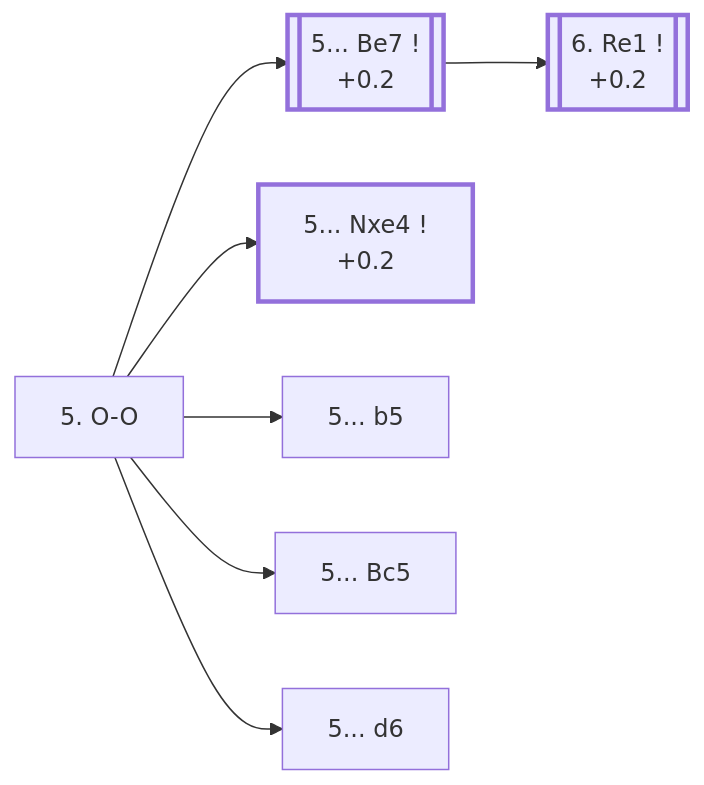
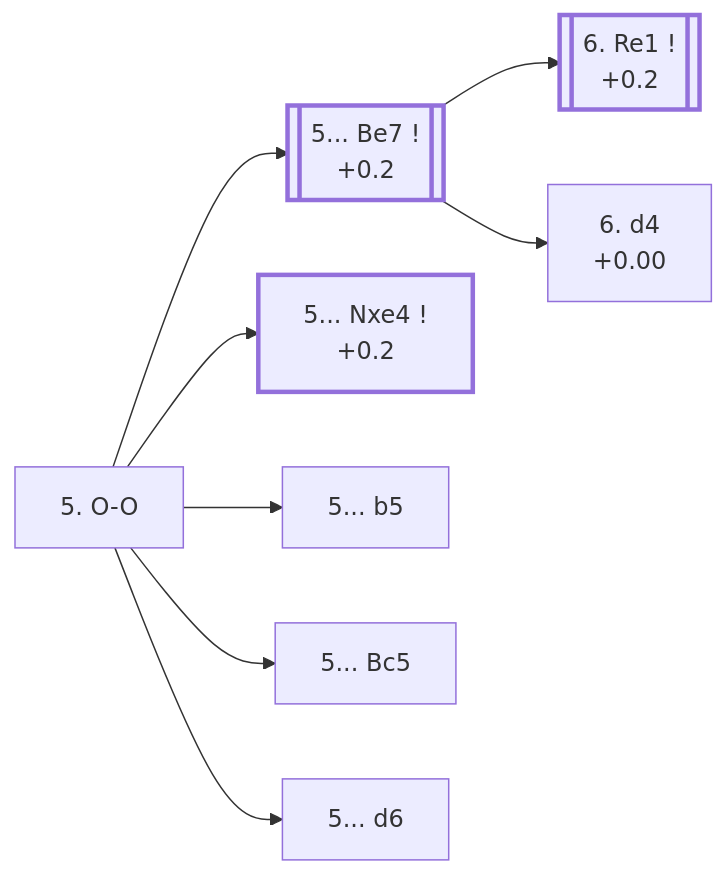
Before and after one commit to onclemarcel/chess_flashcards: the diagram in e4_openings/C84_Ruy_Lopez_Morphy_Closed.md, drawn with Mermaid. The commit also changed other lines of this file and 12 other files, not shown here.

````diff
--- a/e4_openings/C84_Ruy_Lopez_Morphy_Closed.md
+++ b/e4_openings/C84_Ruy_Lopez_Morphy_Closed.md
@@ -15,22 +15,24 @@
 ```mermaid
 flowchart LR
     classDef main stroke-width:3px;
 
     OO["5. O-O"]
     click OO "#_initial_move_" "C84 · Ruy Lopez: Morphy Defense, Closed"
 
     OO --> Be7[["5... Be7 !<br/>+0.2"]]:::main
     click Be7 "#_Be7_" "C84 · Ruy Lopez: Closed, Morphy Defense"
     OO --> Nxe4["5... Nxe4 !<br/>+0.2"]:::main
     click Nxe4 "#_Nxe4_" "C80 · Ruy Lopez: Open Variation"
 
     Be7 --> Re1[["6. Re1 !<br/>+0.2"]]:::main
     click Re1 "#_Re1_" "C84 · Ruy Lopez: Closed, Morphy Defense"
+    Be7 --> d4c["6. d4<br/>+0.00"]
+    click d4c "#_CentreAttack_" "C84 · Ruy Lopez: Closed, Center Attack"
 
     OO --> b5["5... b5"]
     click b5 "https://github.com/onclemarcel/chess_flashcards/blob/main/e4_openings/C78_Ruy_Lopez_Morphy_Defense_Castle.md" "C78 · Ruy Lopez: Morphy Defense, 5.O-O"
     OO --> Bc5["5... Bc5"]
     click Bc5 "https://github.com/onclemarcel/chess_flashcards/blob/main/e4_openings/C78_Ruy_Lopez_Morphy_Defense_Castle.md" "C78 · Ruy Lopez: Morphy Defense, Moeller Defence"
     OO --> d6["5... d6"]
     click d6 "https://github.com/onclemarcel/chess_flashcards/blob/main/e4_openings/C79_Ruy_Lopez_Steinitz_Defense_Deferred.md" "C79 · Ruy Lopez: Steinitz Defense Deferred"
 ```
````
